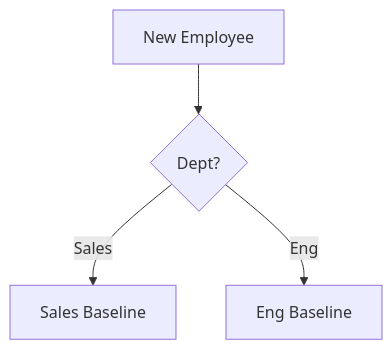
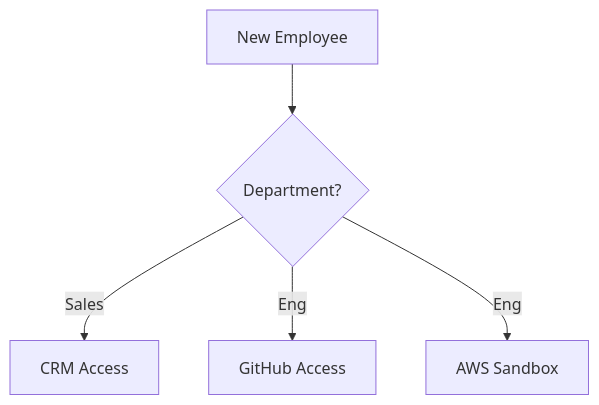
Diagram 11 of 30 in README.md (Devopstrio/identity-governance-framework), drawn with Mermaid before and after one commit. The commit also changed other lines of this file, not shown here.

Commit message:
docs: finalize premium institutional-grade README with 30+ diagrams and executive summary

````diff
--- a/README.md
+++ b/README.md
@@ -99,6 +206,7 @@
 ```mermaid
 graph TD
-    New[New Employee] --> Dept{Dept?}
-    Dept -->|Sales| Role[Sales Baseline]
-    Dept -->|Eng| Role2[Eng Baseline]
+    New[New Employee] --> Dept{Department?}
+    Dept -->|Sales| S1[CRM Access]
+    Dept -->|Eng| E1[GitHub Access]
+    Dept -->|Eng| E2[AWS Sandbox]
 ```
````
